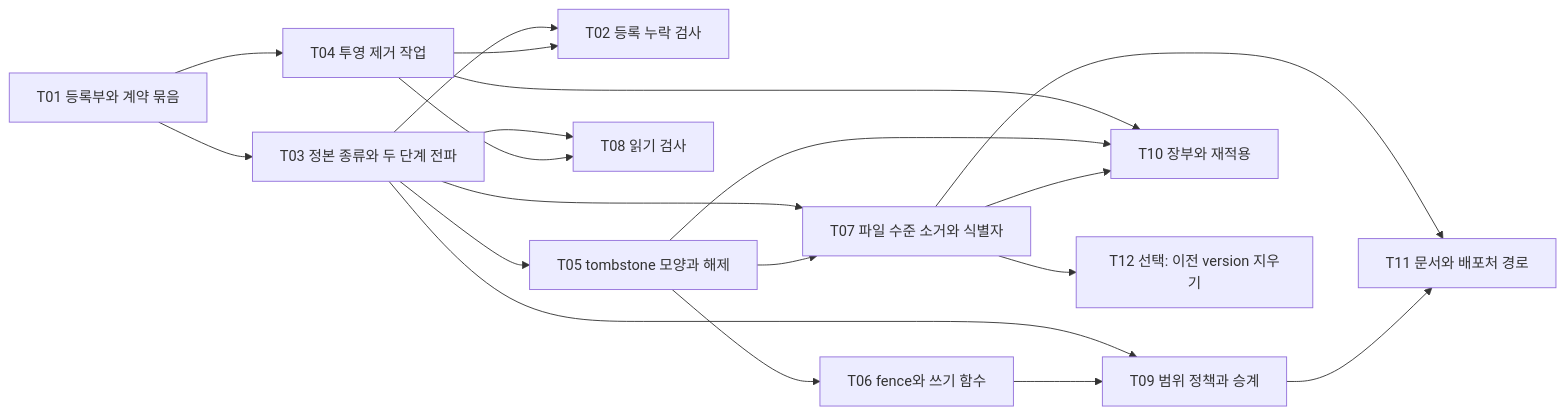
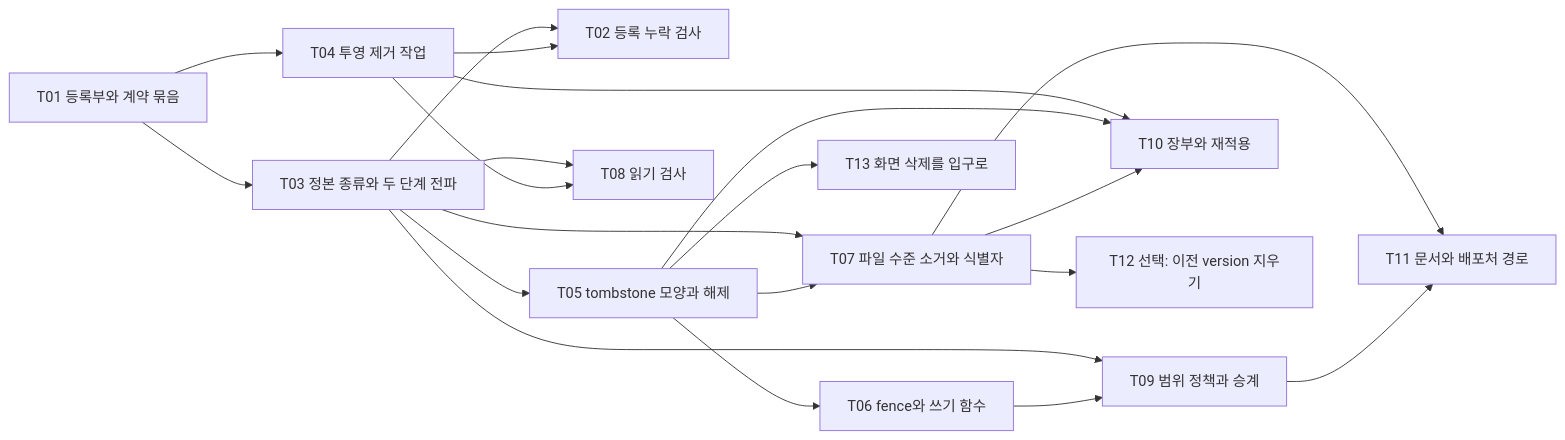
One commit to nohdol97/PKI changed the third of 3 diagrams in docs/specs/2026-11-21-I04-invalidation.md. Above: the diagram before and after it, drawn with Mermaid. The commit also changed other lines of this file, not shown here.

````diff
--- a/docs/specs/2026-11-21-I04-invalidation.md
+++ b/docs/specs/2026-11-21-I04-invalidation.md
@@ -447,21 +451,22 @@
 ```mermaid
 flowchart LR
   T01["T01 등록부와 계약 묶음"] --> T03["T03 정본 종류와 두 단계 전파"]
   T01 --> T04["T04 투영 제거 작업"]
   T03 --> T02["T02 등록 누락 검사"]
   T04 --> T02
   T03 --> T05["T05 tombstone 모양과 해제"]
   T05 --> T06["T06 fence와 쓰기 함수"]
   T03 --> T07["T07 파일 수준 소거와 식별자"]
   T05 --> T07
   T03 --> T08["T08 읽기 검사"]
   T04 --> T08
   T03 --> T09["T09 범위 정책과 승계"]
   T06 --> T09
   T04 --> T10["T10 장부와 재적용"]
   T05 --> T10
   T07 --> T10
   T07 --> T11["T11 문서와 배포처 경로"]
   T09 --> T11
   T07 --> T12["T12 선택: 이전 version 지우기"]
+  T05 --> T13["T13 화면 삭제를 입구로"]
 ```
````
